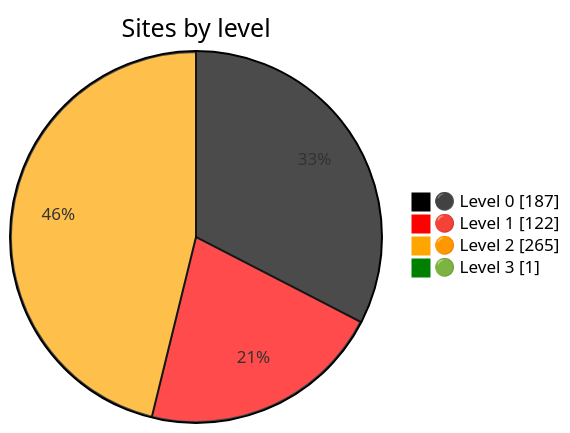
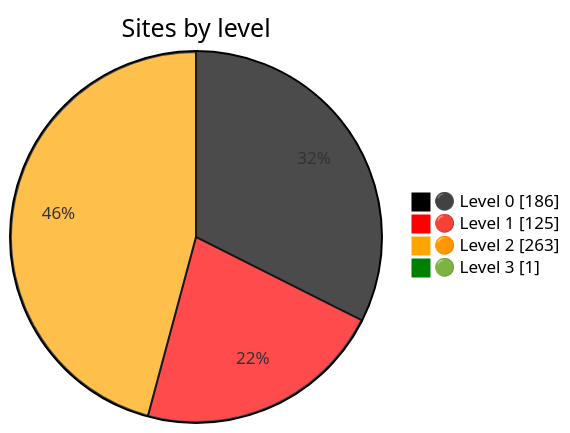
The diagram in README.md (nuuuwan/gov_lk_web_auditor), drawn with Mermaid before and after one commit. The commit also changed other lines of this file and 2564 other files, not shown here.

````diff
--- a/README.md
+++ b/README.md
@@ -24,9 +24,9 @@
 ```mermaid
 %%{init: {"themeVariables":{"pie1":"black","pie2":"red","pie3":"orange","pie4":"green"}}}%%
 pie showData
     title Sites by level
-    "⚫ Level 0" : 187
-    "🔴 Level 1" : 122
-    "🟠 Level 2" : 265
+    "⚫ Level 0" : 186
+    "🔴 Level 1" : 125
+    "🟠 Level 2" : 263
     "🟢 Level 3" : 1
 ```
````
